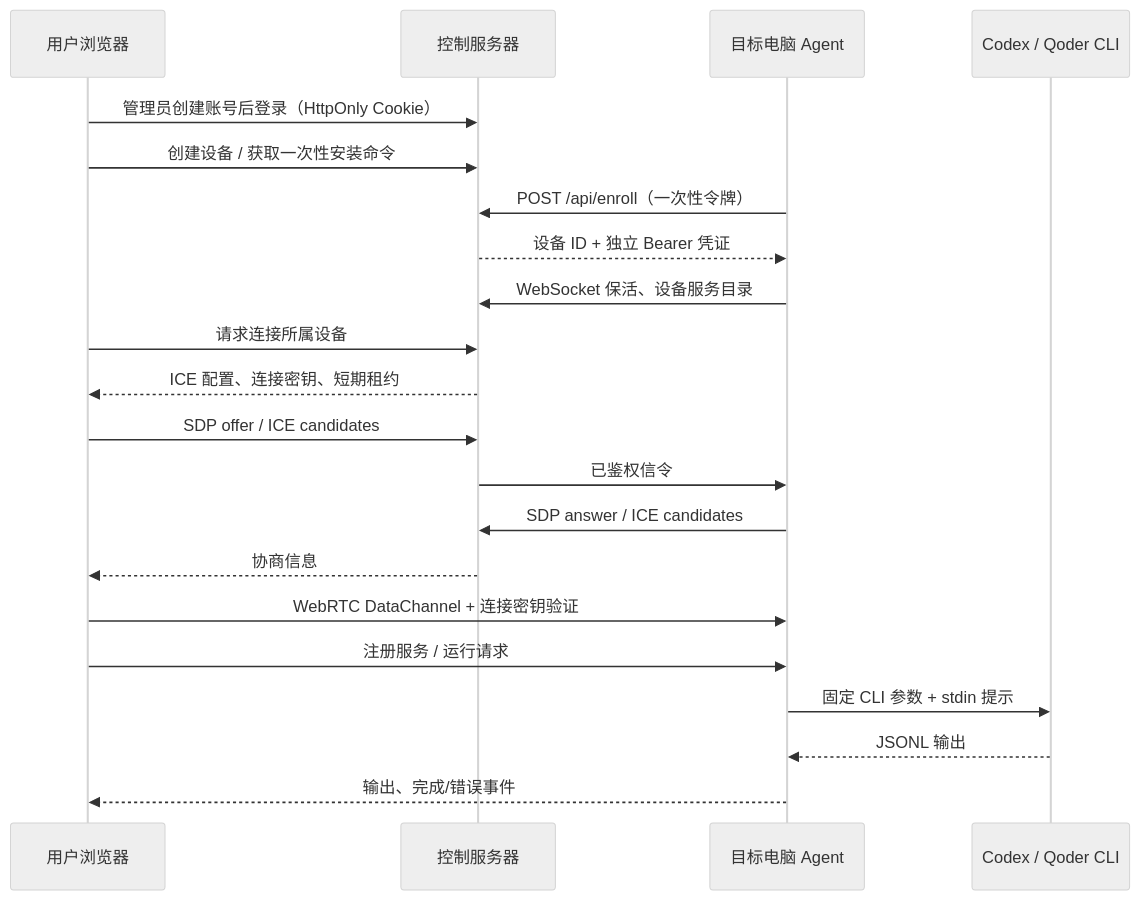
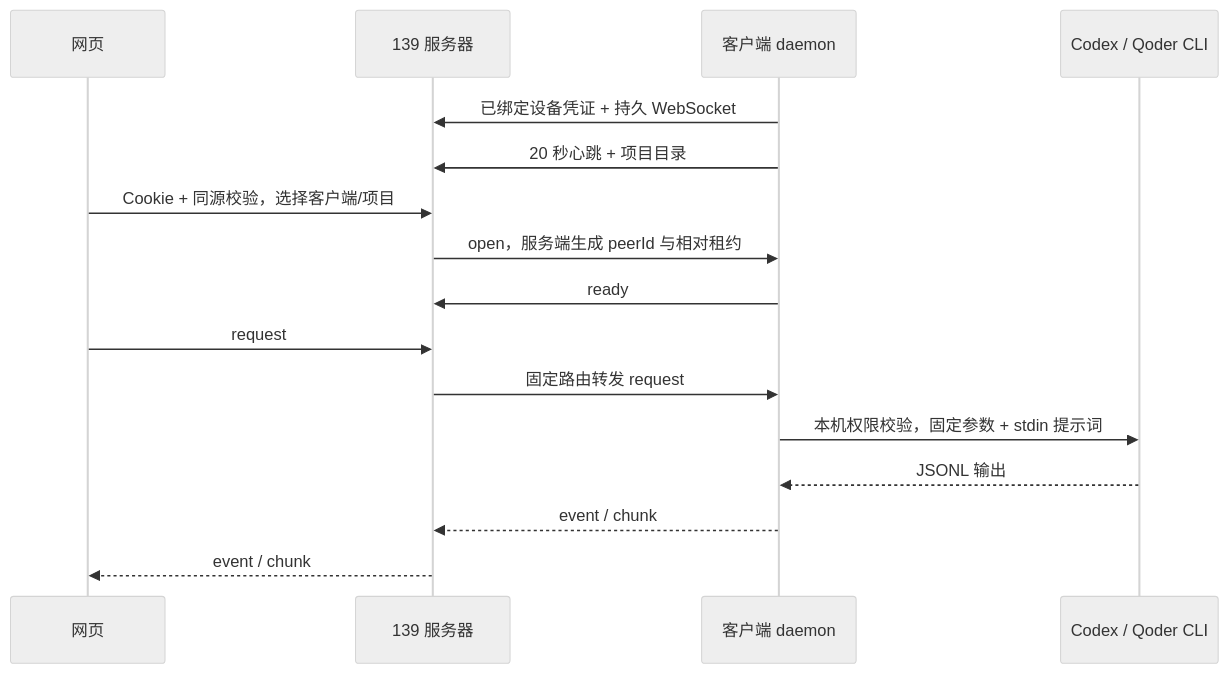
Before and after one commit to string1225/remote-agent-cli: the diagram in docs/architecture.md, drawn with Mermaid (neutral theme). The commit also changed other lines of this file and 53 other files, not shown here.

````diff
--- a/docs/architecture.md
+++ b/docs/architecture.md
@@ -18,23 +7,18 @@
 ```mermaid
 sequenceDiagram
-    participant W as 用户浏览器
-    participant S as 控制服务器
-    participant A as 目标电脑 Agent
+    participant W as 网页
+    participant S as 139 服务器
+    participant A as 客户端 daemon
     participant C as Codex / Qoder CLI
-    W->>S: 管理员创建账号后登录（HttpOnly Cookie）
-    W->>S: 创建设备 / 获取一次性安装命令
-    A->>S: POST /api/enroll（一次性令牌）
-    S-->>A: 设备 ID + 独立 Bearer 凭证
-    A->>S: WebSocket 保活、设备服务目录
-    W->>S: 请求连接所属设备
-    S-->>W: ICE 配置、连接密钥、短期租约
-    W->>S: SDP offer / ICE candidates
-    S->>A: 已鉴权信令
-    A->>S: SDP answer / ICE candidates
-    S-->>W: 协商信息
-    W->>A: WebRTC DataChannel + 连接密钥验证
-    W->>A: 注册服务 / 运行请求
-    A->>C: 固定 CLI 参数 + stdin 提示
+    A->>S: 已绑定设备凭证 + 持久 WebSocket
+    A->>S: 20 秒心跳 + 项目目录
+    W->>S: Cookie + 同源校验，选择客户端/项目
+    S->>A: open，服务端生成 peerId 与相对租约
+    A->>S: ready
+    W->>S: request
+    S->>A: 固定路由转发 request
+    A->>C: 本机权限校验，固定参数 + stdin 提示词
     C-->>A: JSONL 输出
-    A-->>W: 输出、完成/错误事件
+    A-->>S: event / chunk
+    S-->>W: event / chunk
 ```
````
